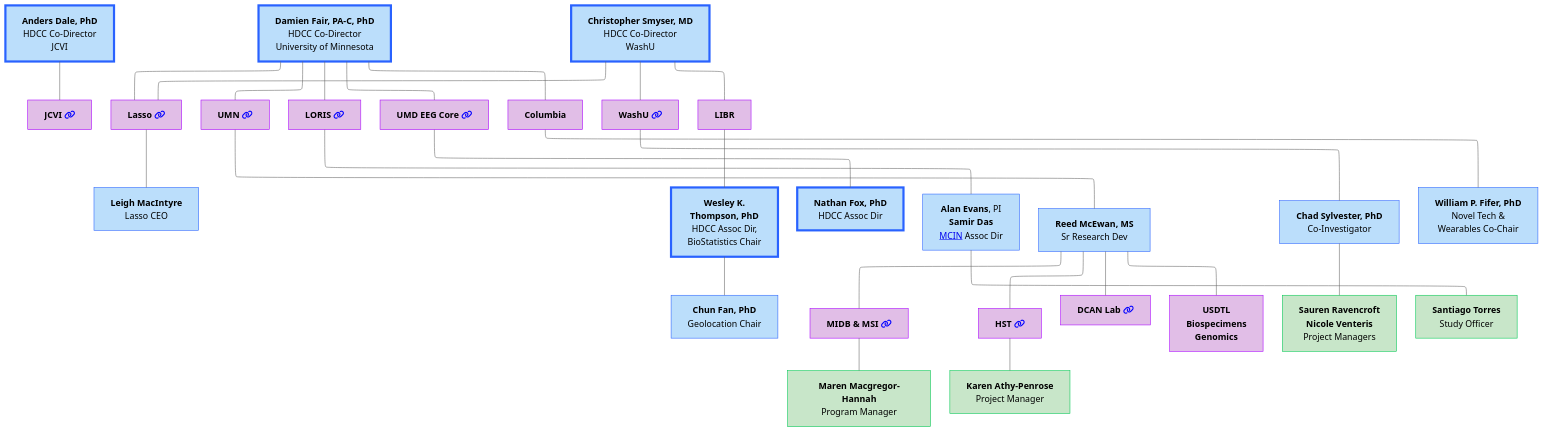
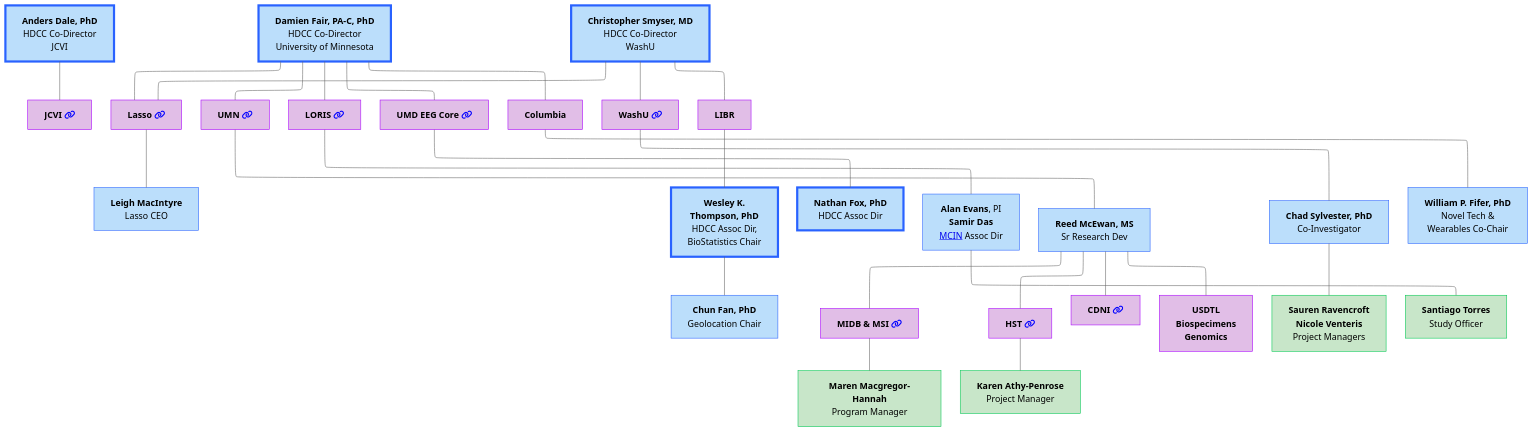
Before and after one commit to DCAN-Labs/hbcd-docs-internal: the first of 11 diagrams in docs/orgcharts.md, drawn with Mermaid (neutral theme). The commit also changed other lines of this file, not shown here.

Commit message:
change DCAN to CDNI

````diff
--- a/docs/orgcharts.md
+++ b/docs/orgcharts.md
@@ -12,59 +12,59 @@
 ```mermaid
 ---
 config:
   layout: elk
 ---
 flowchart TB
     n2["<b>Anders Dale, PhD<br></b>HDCC Co-Director<br>JCVI"] --- jcvi["<b>JCVI</b> <i class="fa-solid fa-link" style="color: blue;"></i>"]
     E["<b>Damien Fair, PA-C, PhD</b><br>HDCC Co-Director<br>University of Minnesota"] --- lasso["<b>Lasso</b> <i class="fa-solid fa-link" style="color: blue;"></i>"] & umn["<b>UMN</b> <i class="fa-solid fa-link" style="color: blue;"></i>"] & n7["<b>LORIS</b> <i class="fa-solid fa-link" style="color: blue;"></i>"] & n8["<b>UMD EEG Core</b> <i class="fa-solid fa-link" style="color: blue;"></i>"] & n11["<b>Columbia</b>"]
     lasso --- lasso1["<b>Leigh MacIntyre</b><br>Lasso CEO"]
     n1["<b>Christopher Smyser, MD<br></b>HDCC Co-Director<br>WashU"] --- n10["<b>WashU</b> <i class="fa-solid fa-link" style="color: blue;"></i>"] & n12["<b>LIBR</b>"] & lasso
     n16["<b>Wesley K.<br>Thompson, PhD</b><br>HDCC Assoc Dir,<br>BioStatistics Chair"] --- n17["<b>Chun Fan, PhD</b><br>Geolocation Chair"]
     n12 --- n16
     n8 --- n19["<b>Nathan Fox, PhD<br></b>HDCC Assoc Dir"]
     n7 --- n20["<b>Alan Evans</b>, PI<br><b>Samir Das</b><br><a href="https://mcin.ca/about-mcin/" target="_blank">MCIN</a> Assoc Dir"]
     umn --- reed["<b>Reed McEwan, MS</b><br>Sr Research Dev"]
     n10 --- n22["<b>Chad Sylvester, PhD</b><br>Co-Investigator"]
     n11 --- n18["<b>William P. Fifer, PhD</b><br>Novel Tech &<br>Wearables Co-Chair"]
-    reed --- n25["<b>MIDB &amp; MSI</b> <i class="fa-solid fa-link" style="color: blue;"></i>"] & n27["<b>HST</b> <i class="fa-solid fa-link" style="color: blue;"></i>"] & n28["<b>DCAN Lab</b> <i class="fa-solid fa-link" style="color: blue;"></i>"] & n29["<b>USDTL<br>Biospecimens<br>Genomics</b>"]
+    reed --- n25["<b>MIDB &amp; MSI</b> <i class="fa-solid fa-link" style="color: blue;"></i>"] & n27["<b>HST</b> <i class="fa-solid fa-link" style="color: blue;"></i>"] & n28["<b>CDNI</b> <i class="fa-solid fa-link" style="color: blue;"></i>"] & n29["<b>USDTL<br>Biospecimens<br>Genomics</b>"]
     n25 --- n30["<b>Maren Macgregor-Hannah</b><br>Program Manager"]
     n27 --- n31["<b>Karen Athy-Penrose</b><br>Project Manager"]
     n22 --- n32["<b>Sauren Ravencroft<br>Nicole Venteris</b><br>Project Managers"]
     n20 --- n33["<b>Santiago Torres</b><br>Study Officer"]
     style n2 fill:#BBDEFB,stroke:#2962FF,stroke-width:4px
     style jcvi fill:#E1BEE7,stroke:#AA00FF
     style E fill:#BBDEFB,stroke:#2962FF,stroke-width:4px
     style lasso fill:#E1BEE7,stroke:#AA00FF
     style umn fill:#E1BEE7,stroke:#AA00FF
     style n7 fill:#E1BEE7,stroke:#AA00FF
     style n8 fill:#E1BEE7,stroke:#AA00FF
     style n11 fill:#E1BEE7,stroke:#AA00FF
     style lasso1 fill:#BBDEFB,stroke:#2962FF
     style n1 fill:#BBDEFB,stroke:#2962FF,stroke-width:4px
     style n10 fill:#E1BEE7,stroke:#AA00FF
     style n12 fill:#E1BEE7,stroke:#AA00FF
     style n16 fill:#BBDEFB,stroke:#2962FF,stroke-width:4px
     style n17 fill:#BBDEFB,stroke:#2962FF
     style n19 fill:#BBDEFB,stroke:#2962FF,stroke-width:4px
     style n20 fill:#BBDEFB,stroke:#2962FF
     style reed fill:#BBDEFB,stroke:#2962FF
     style n22 fill:#BBDEFB,stroke:#2962FF
     style n18 fill:#BBDEFB,stroke:#2962FF
     style n25 fill:#E1BEE7,stroke:#AA00FF
     style n27 fill:#E1BEE7,stroke:#AA00FF
     style n28 fill:#E1BEE7,stroke:#AA00FF
     style n29 fill:#E1BEE7,stroke:#AA00FF
     style n30 fill:#C8E6C9,stroke:#00C853
     style n31 fill:#C8E6C9,stroke:#00C853
     style n32 fill:#C8E6C9,stroke:#00C853
     style n33 fill:#C8E6C9,stroke:#00C853
     click jcvi "#j-craig-venter-institute"
     click lasso "#lasso"
     click umn "#university-of-minnesota"
     click n7 "#loris"
     click n8 "#university-of-maryland-eeg-core"
     click n10 "#washu"
     click n25 "#midb-informatics-hub-msi"
     click n27 "#health-sciences-technology"
-    click n28 "#dcan-lab"
+    click n28 "#center-for-developmental-neuroimaging"
 ```
````
